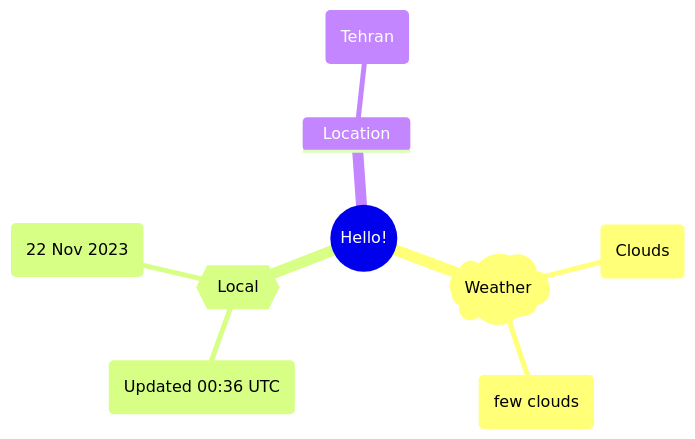
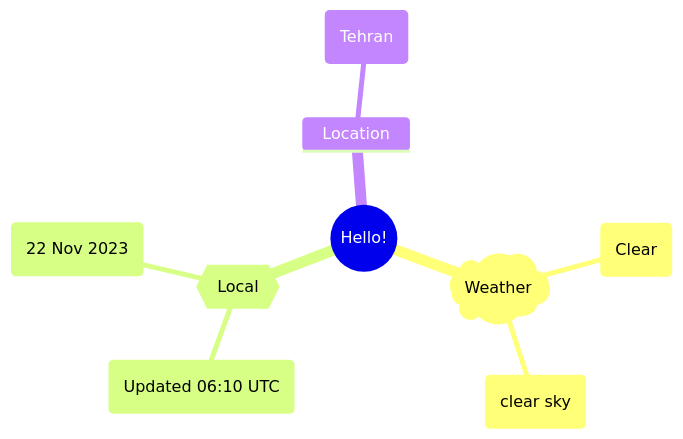
Before and after one commit to Xosrov/Xosrov: the first of 2 diagrams in README.md, drawn with Mermaid.

Commit message:
[bot] updated images

````diff
--- a/README.md
+++ b/README.md
@@ -3,12 +3,12 @@
 ```mermaid
 mindmap
   root((Hello!))
     )Weather(
-        (Clouds)
-        (few clouds)
+        (Clear)
+        (clear sky)
     {{Local}}
-        (Updated 00:36 UTC)
+        (Updated 06:10 UTC)
         (22 Nov 2023)
     Location
         (Tehran)
 ```
````
